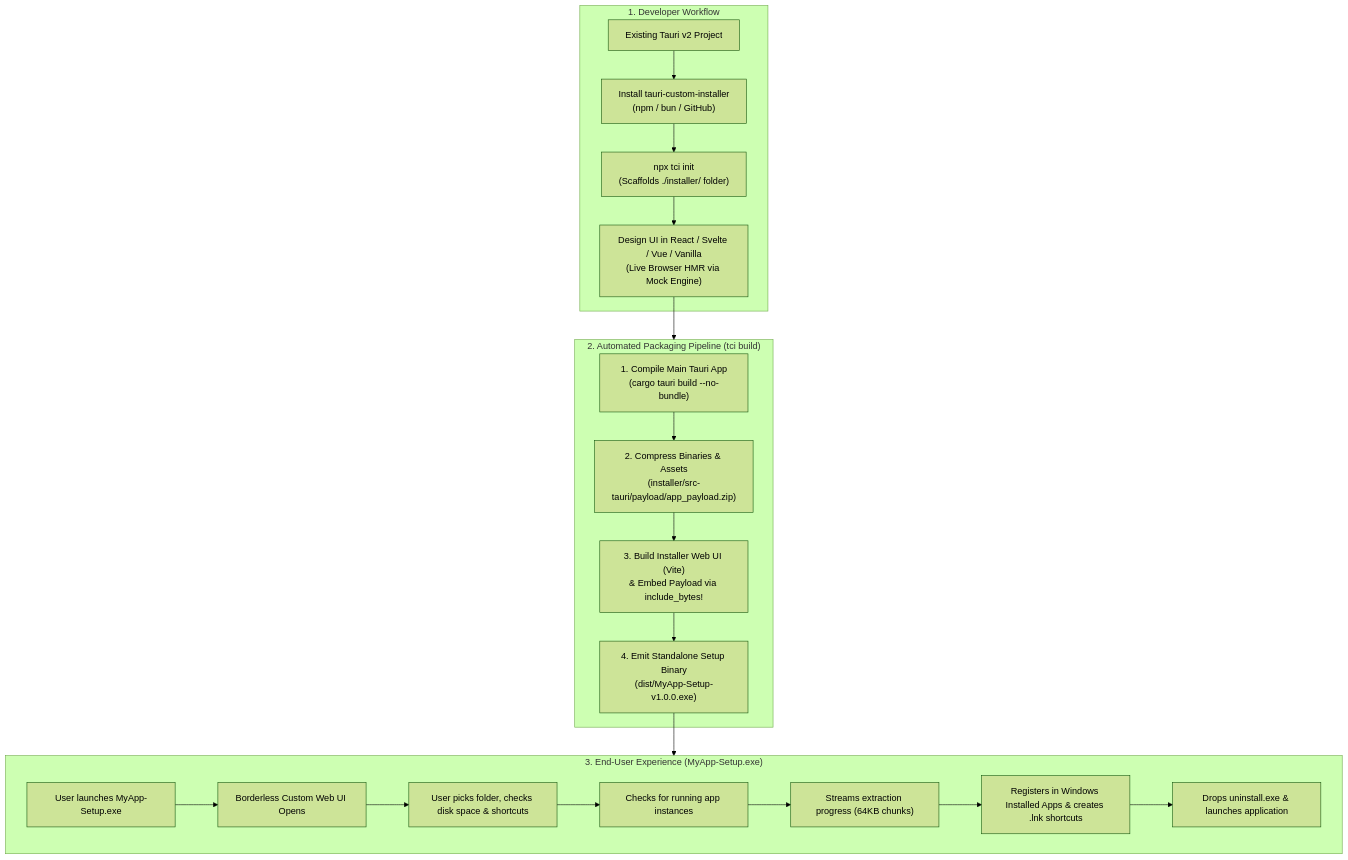
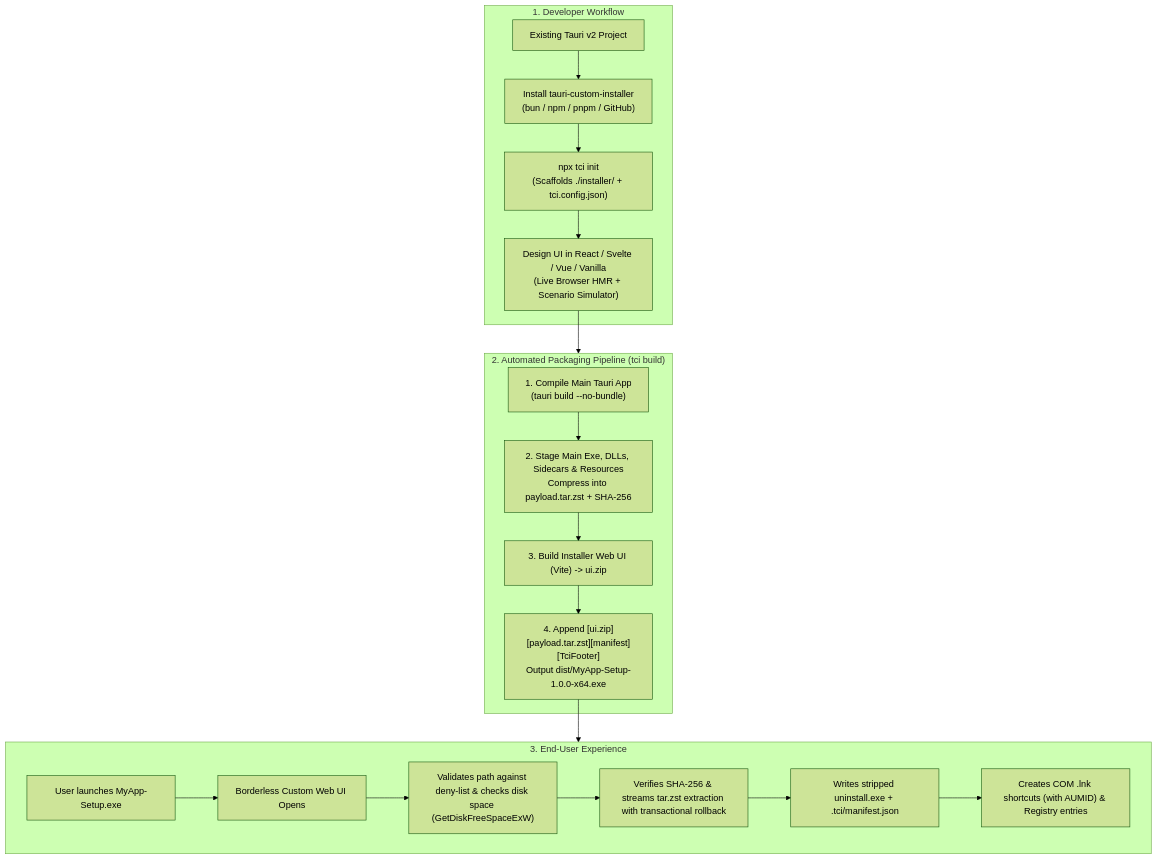
Before and after one commit to kmaksuut/tauri-custom-installer: the diagram in README.md, drawn with Mermaid (forest theme). The commit also changed other lines of this file and 93 other files, not shown here.

Commit message:
feat: implement v0.2.0 security hardening, SFX footer architecture, NSIS parity, and multi-framework SDK

````diff
--- a/README.md
+++ b/README.md
@@ -43,28 +47,27 @@
 ```mermaid
 flowchart TD
     subgraph DevWorkflow["1. Developer Workflow"]
-        A["Existing Tauri v2 Project"] --> B["Install tauri-custom-installer<br/>(npm / bun / GitHub)"]
-        B --> C["npx tci init<br/>(Scaffolds ./installer/ folder)"]
-        C --> D["Design UI in React / Svelte / Vue / Vanilla<br/>(Live Browser HMR via Mock Engine)"]
+        A["Existing Tauri v2 Project"] --> B["Install tauri-custom-installer<br/>(bun / npm / pnpm / GitHub)"]
+        B --> C["npx tci init<br/>(Scaffolds ./installer/ + tci.config.json)"]
+        C --> D["Design UI in React / Svelte / Vue / Vanilla<br/>(Live Browser HMR + Scenario Simulator)"]
     end
 
     subgraph BuildPipeline["2. Automated Packaging Pipeline (tci build)"]
-        E["1. Compile Main Tauri App<br/>(cargo tauri build --no-bundle)"]
-        F["2. Compress Binaries & Assets<br/>(installer/src-tauri/payload/app_payload.zip)"]
-        G["3. Build Installer Web UI (Vite)<br/>& Embed Payload via include_bytes!"]
-        H["4. Emit Standalone Setup Binary<br/>(dist/MyApp-Setup-v1.0.0.exe)"]
+        E["1. Compile Main Tauri App<br/>(tauri build --no-bundle)"]
+        F["2. Stage Main Exe, DLLs, Sidecars & Resources<br/>Compress into payload.tar.zst + SHA-256"]
+        G["3. Build Installer Web UI (Vite) -> ui.zip"]
+        H["4. Append [ui.zip][payload.tar.zst][manifest][TciFooter]<br/>Output dist/MyApp-Setup-1.0.0-x64.exe"]
         E --> F --> G --> H
     end
 
-    subgraph EndUser["3. End-User Experience (MyApp-Setup.exe)"]
+    subgraph EndUser["3. End-User Experience"]
         I["User launches MyApp-Setup.exe"] --> J["Borderless Custom Web UI Opens"]
-        J --> K["User picks folder, checks disk space & shortcuts"]
-        K --> L["Checks for running app instances"]
-        L --> M["Streams extraction progress (64KB chunks)"]
-        M --> N["Registers in Windows Installed Apps & creates .lnk shortcuts"]
-        N --> O["Drops uninstall.exe & launches application"]
+        J --> K["Validates path against deny-list & checks disk space (GetDiskFreeSpaceExW)"]
+        K --> L["Verifies SHA-256 & streams tar.zst extraction with transactional rollback"]
+        L --> M["Writes stripped uninstall.exe + .tci/manifest.json"]
+        M --> N["Creates COM .lnk shortcuts (with AUMID) & Registry entries"]
     end
 
     D --> BuildPipeline
     H --> EndUser
 ```
````
